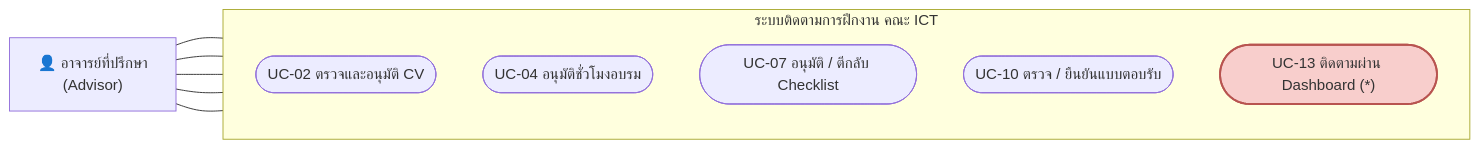
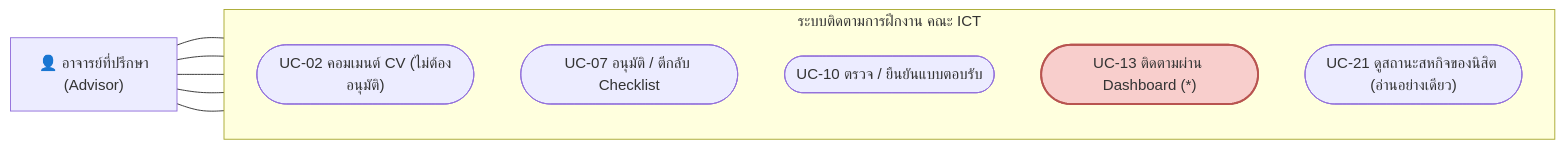
Before and after one commit to Whyer2005/ICT_Internship_tracking_system: the second of 5 diagrams in docs/requirements/diagrams/10_USE_CASE_BY_ROLE.md, drawn with Mermaid. The commit also changed other lines of this file and 20 other files, not shown here.

Commit message:
อัพเดต diagrams และ เอกสาร

````diff
--- a/docs/requirements/diagrams/10_USE_CASE_BY_ROLE.md
+++ b/docs/requirements/diagrams/10_USE_CASE_BY_ROLE.md
@@ -49,15 +59,15 @@
 ```mermaid
 flowchart LR
     A["👤 อาจารย์ที่ปรึกษา<br/>(Advisor)"]
     subgraph SYS["ระบบติดตามการฝึกงาน คณะ ICT"]
         direction TB
-        UC02(["UC-02 ตรวจและอนุมัติ CV"])
-        UC04(["UC-04 อนุมัติชั่วโมงอบรม"])
+        UC02(["UC-02 คอมเมนต์ CV (ไม่ต้องอนุมัติ)"])
         UC07(["UC-07 อนุมัติ / ตีกลับ Checklist"])
         UC10(["UC-10 ตรวจ / ยืนยันแบบตอบรับ"])
         UC13(["UC-13 ติดตามผ่าน Dashboard (*)"])
+        UC21(["UC-21 ดูสถานะสหกิจของนิสิต (อ่านอย่างเดียว)"])
     end
-    A --- UC02 & UC04 & UC07 & UC10 & UC13
+    A --- UC02 & UC07 & UC10 & UC13 & UC21
     classDef red fill:#f8cecc,stroke:#b85450,stroke-width:2px
     class UC13 red
 ```
````
